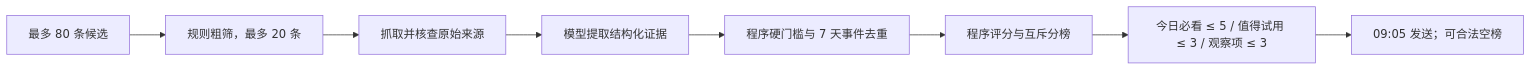
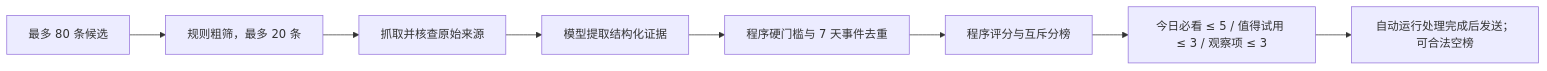
Before and after one commit to bgu436475-ops/Baic-AI-Message-Bot: the diagram in README.md, drawn with Mermaid. The commit also changed other lines of this file and 1 other file, not shown here.

````diff
--- a/README.md
+++ b/README.md
@@ -9,10 +9,10 @@
 ```mermaid
 flowchart LR
     A[最多 80 条候选] --> B[规则粗筛，最多 20 条]
     B --> C[抓取并核查原始来源]
     C --> D[模型提取结构化证据]
     D --> E[程序硬门槛与 7 天事件去重]
     E --> F[程序评分与互斥分榜]
     F --> G[今日必看 ≤ 5 / 值得试用 ≤ 3 / 观察项 ≤ 3]
-    G --> H[09:05 发送；可合法空榜]
+    G --> H[自动运行处理完成后发送；可合法空榜]
 ```
````
